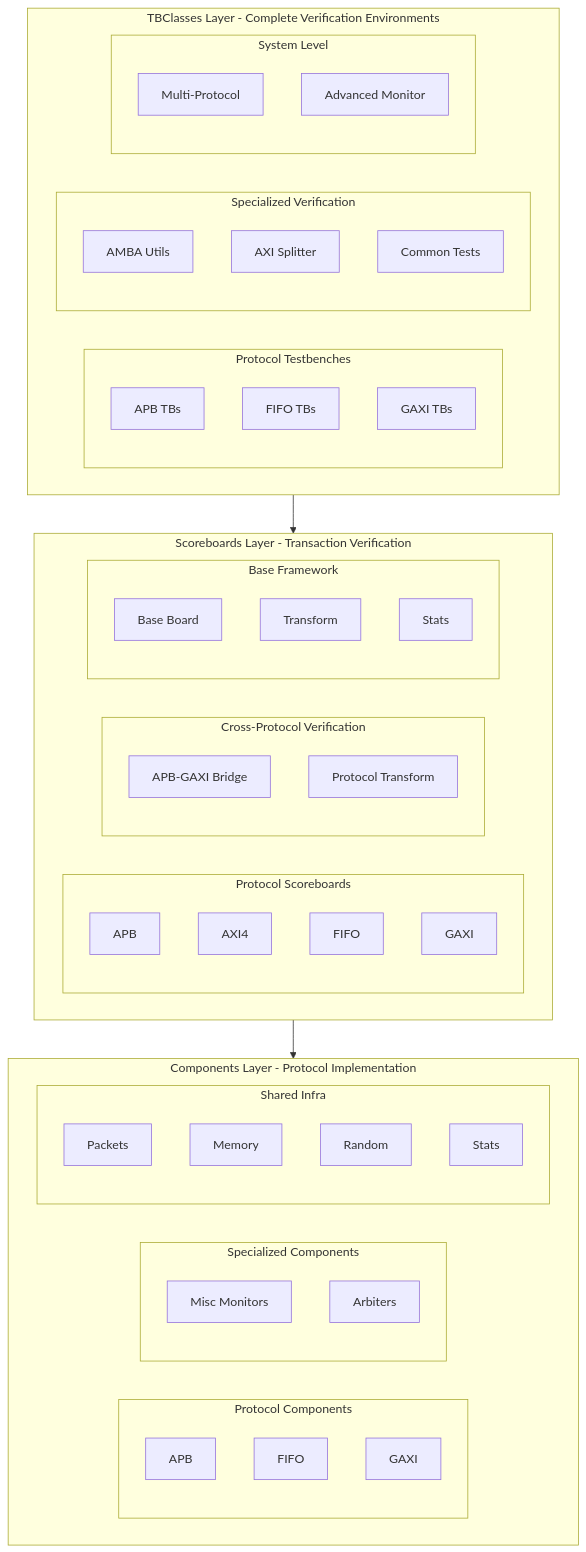
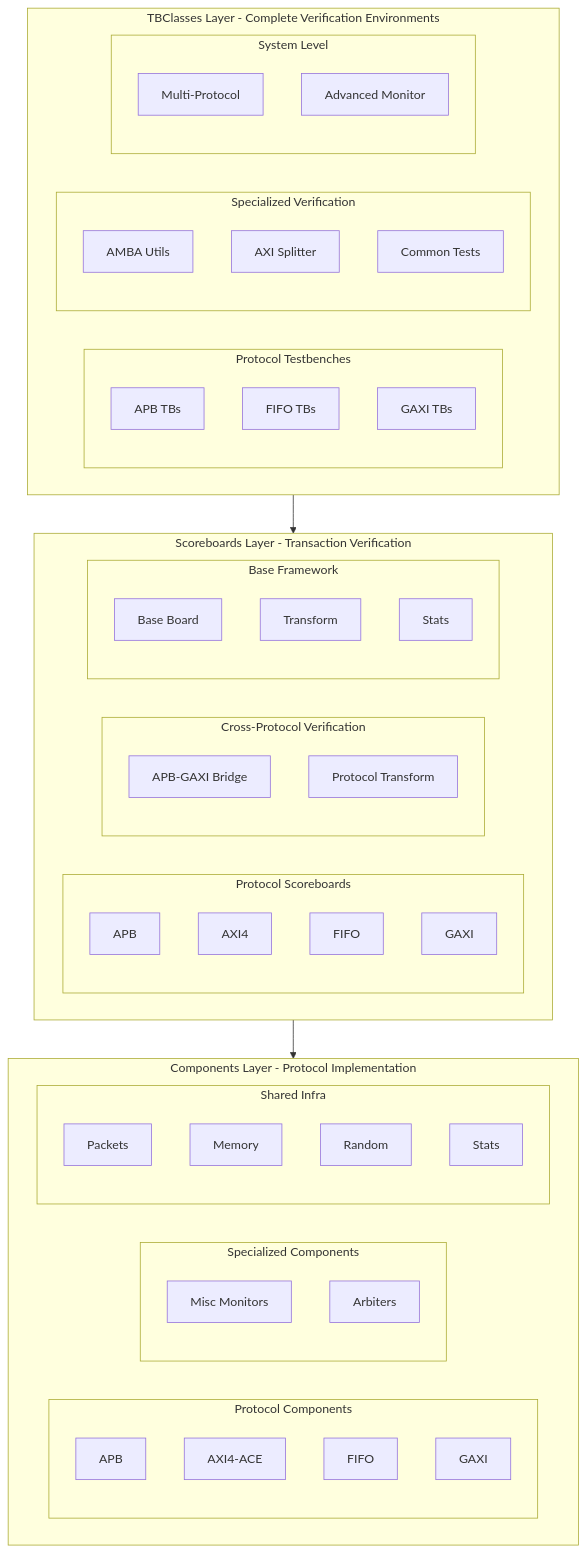
The diagram in docs/index.md (sean-galloway/RTLDesignSherpa-DV), drawn with Mermaid before and after one commit. The commit also changed other lines of this file and 31 other files, not shown here.

Commit message:
feat(ace): AXI4-ACE BFM family — master/slave with RACK/WACK, snoop master/slave, packets, compliance checker; release 1.2.0

````diff
--- a/docs/index.md
+++ b/docs/index.md
@@ -117,58 +117,59 @@
 ```mermaid
 graph TB
     subgraph TBClasses["TBClasses Layer - Complete Verification Environments"]
         subgraph TB_Proto["Protocol Testbenches"]
             TB_APB[APB TBs]
             TB_FIFO[FIFO TBs]
             TB_GAXI[GAXI TBs]
         end
         subgraph TB_Spec["Specialized Verification"]
             TB_AMBA[AMBA Utils]
             TB_Split[AXI Splitter]
             TB_Common[Common Tests]
         end
         subgraph TB_Sys["System Level"]
             TB_Multi[Multi-Protocol]
             TB_Adv[Advanced Monitor]
         end
     end
 
     subgraph Scoreboards["Scoreboards Layer - Transaction Verification"]
         subgraph SB_Proto["Protocol Scoreboards"]
             SB_APB[APB]
             SB_AXI[AXI4]
             SB_FIFO[FIFO]
             SB_GAXI[GAXI]
         end
         subgraph SB_Cross["Cross-Protocol Verification"]
             SB_Bridge[APB-GAXI Bridge]
             SB_Trans[Protocol Transform]
         end
         subgraph SB_Base["Base Framework"]
             SB_Board[Base Board]
             SB_Xform[Transform]
             SB_Stats[Stats]
         end
     end
 
     subgraph Components["Components Layer - Protocol Implementation"]
         subgraph Comp_Proto["Protocol Components"]
             C_APB[APB]
+            C_ACE[AXI4-ACE]
             C_FIFO[FIFO]
             C_GAXI[GAXI]
         end
         subgraph Comp_Spec["Specialized Components"]
             C_Misc[Misc Monitors]
             C_Arb[Arbiters]
         end
         subgraph Comp_Shared["Shared Infra"]
             C_Pkt[Packets]
             C_Mem[Memory]
             C_Rand[Random]
             C_Stat[Stats]
         end
     end
 
     TBClasses --> Scoreboards
     Scoreboards --> Components
 ```
````
